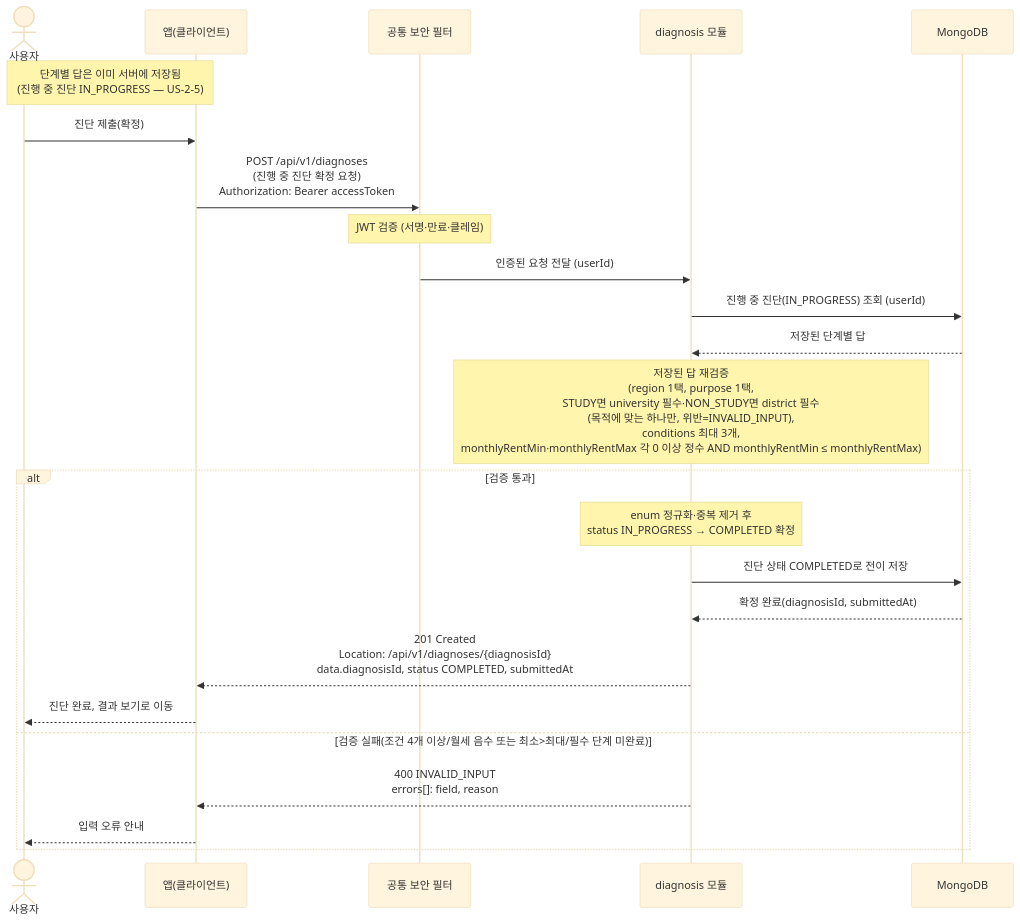
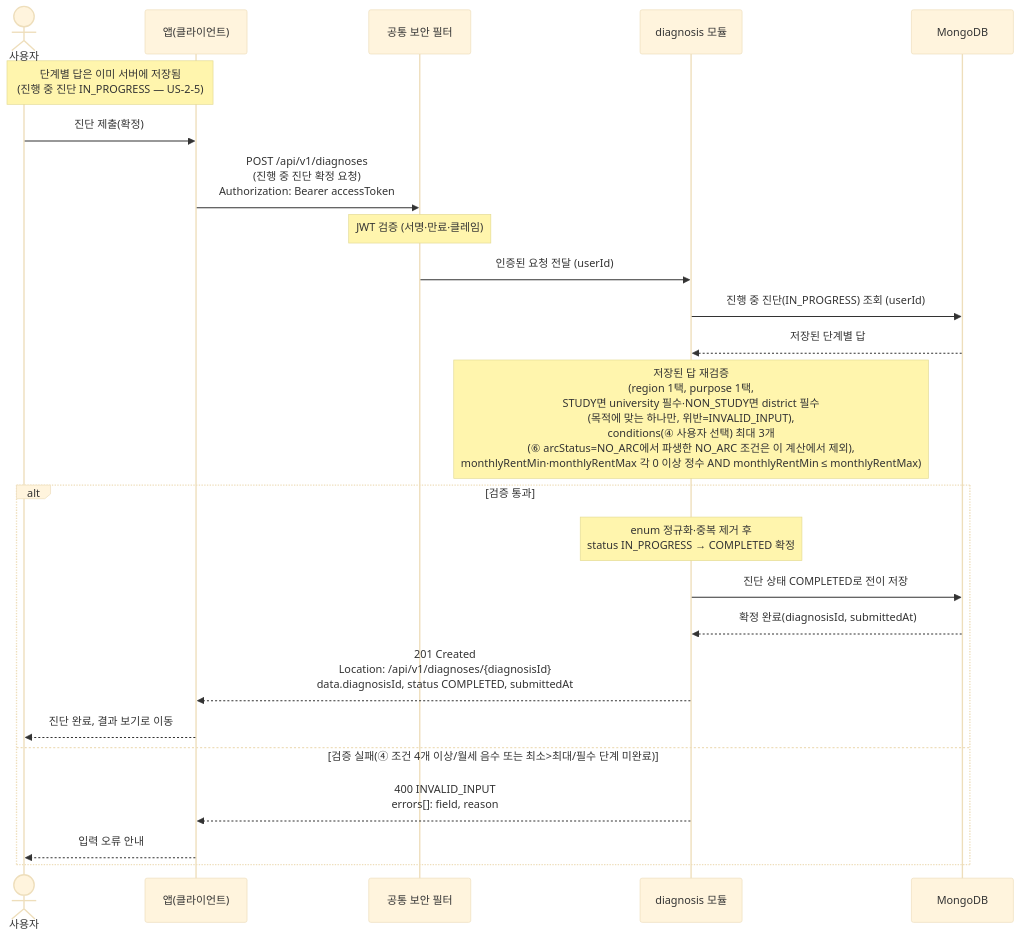
Before and after one commit to jameskim9509/Kohere-backend: the diagram in docs/architecture/sequence-diagrams/02-diagnosis-recommendation/us-2-1-submit-diagnosis.md, drawn with Mermaid (base theme). The commit also changed other lines of this file and 17 other files, not shown here.

````diff
--- a/docs/architecture/sequence-diagrams/02-diagnosis-recommendation/us-2-1-submit-diagnosis.md
+++ b/docs/architecture/sequence-diagrams/02-diagnosis-recommendation/us-2-1-submit-diagnosis.md
@@ -5,27 +5,27 @@
 ```mermaid
 sequenceDiagram
     actor U as 사용자
     participant C as 앱(클라이언트)
     participant SEC as 공통 보안 필터
     participant DIAG as diagnosis 모듈
     participant DB as MongoDB
 
     Note over U,C: 단계별 답은 이미 서버에 저장됨<br/>(진행 중 진단 IN_PROGRESS — US-2-5)
     U->>C: 진단 제출(확정)
     C->>SEC: POST /api/v1/diagnoses<br/>(진행 중 진단 확정 요청)<br/>Authorization: Bearer accessToken
     Note over SEC: JWT 검증 (서명·만료·클레임)
     SEC->>DIAG: 인증된 요청 전달 (userId)
     DIAG->>DB: 진행 중 진단(IN_PROGRESS) 조회 (userId)
     DB-->>DIAG: 저장된 단계별 답
-    Note over DIAG: 저장된 답 재검증<br/>(region 1택, purpose 1택,<br/>STUDY면 university 필수·NON_STUDY면 district 필수<br/>(목적에 맞는 하나만, 위반=INVALID_INPUT),<br/>conditions 최대 3개,<br/>monthlyRentMin·monthlyRentMax 각 0 이상 정수 AND monthlyRentMin ≤ monthlyRentMax)
+    Note over DIAG: 저장된 답 재검증<br/>(region 1택, purpose 1택,<br/>STUDY면 university 필수·NON_STUDY면 district 필수<br/>(목적에 맞는 하나만, 위반=INVALID_INPUT),<br/>conditions(④ 사용자 선택) 최대 3개<br/>(⑥ arcStatus=NO_ARC에서 파생한 NO_ARC 조건은 이 계산에서 제외),<br/>monthlyRentMin·monthlyRentMax 각 0 이상 정수 AND monthlyRentMin ≤ monthlyRentMax)
     alt 검증 통과
         Note over DIAG: enum 정규화·중복 제거 후<br/>status IN_PROGRESS → COMPLETED 확정
         DIAG->>DB: 진단 상태 COMPLETED로 전이 저장
         DB-->>DIAG: 확정 완료(diagnosisId, submittedAt)
         DIAG-->>C: 201 Created<br/>Location: /api/v1/diagnoses/{diagnosisId}<br/>data.diagnosisId, status COMPLETED, submittedAt
         C-->>U: 진단 완료, 결과 보기로 이동
-    else 검증 실패(조건 4개 이상/월세 음수 또는 최소>최대/필수 단계 미완료)
+    else 검증 실패(④ 조건 4개 이상/월세 음수 또는 최소>최대/필수 단계 미완료)
         DIAG-->>C: 400 INVALID_INPUT<br/>errors[]: field, reason
         C-->>U: 입력 오류 안내
     end
 ```
````
